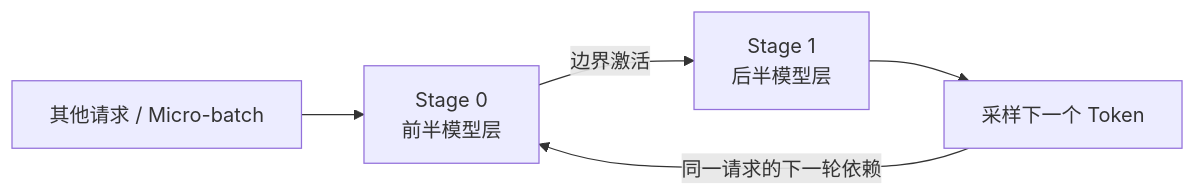
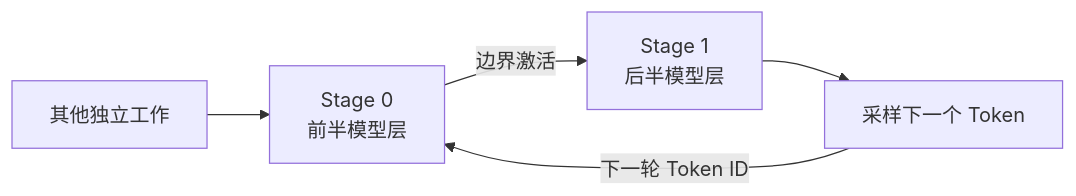
Before and after one commit to caomaolufei/AIInfraGuide: the diagram in docs/guides/模块四-推理优化/第6章-分布式推理/6.3-流水线并行推理.md, drawn with Mermaid. The commit also changed other lines of this file and 12 other files, not shown here.

Commit message:
docs: revise chapter six explanations and add six teaching diagrams

````diff
--- a/docs/guides/模块四-推理优化/第6章-分布式推理/6.3-流水线并行推理.md
+++ b/docs/guides/模块四-推理优化/第6章-分布式推理/6.3-流水线并行推理.md
@@ -74,7 +78,7 @@
 ```mermaid
 graph LR
     A["Stage 0<br/>前半模型层"] -->|"边界激活"| B["Stage 1<br/>后半模型层"]
     B --> C["采样下一个 Token"]
-    C -->|"同一请求的下一轮依赖"| A
-    Q["其他请求 / Micro-batch"] --> A
+    C -->|"下一轮 Token ID"| A
+    Q["其他独立工作"] --> A
 ```
````
